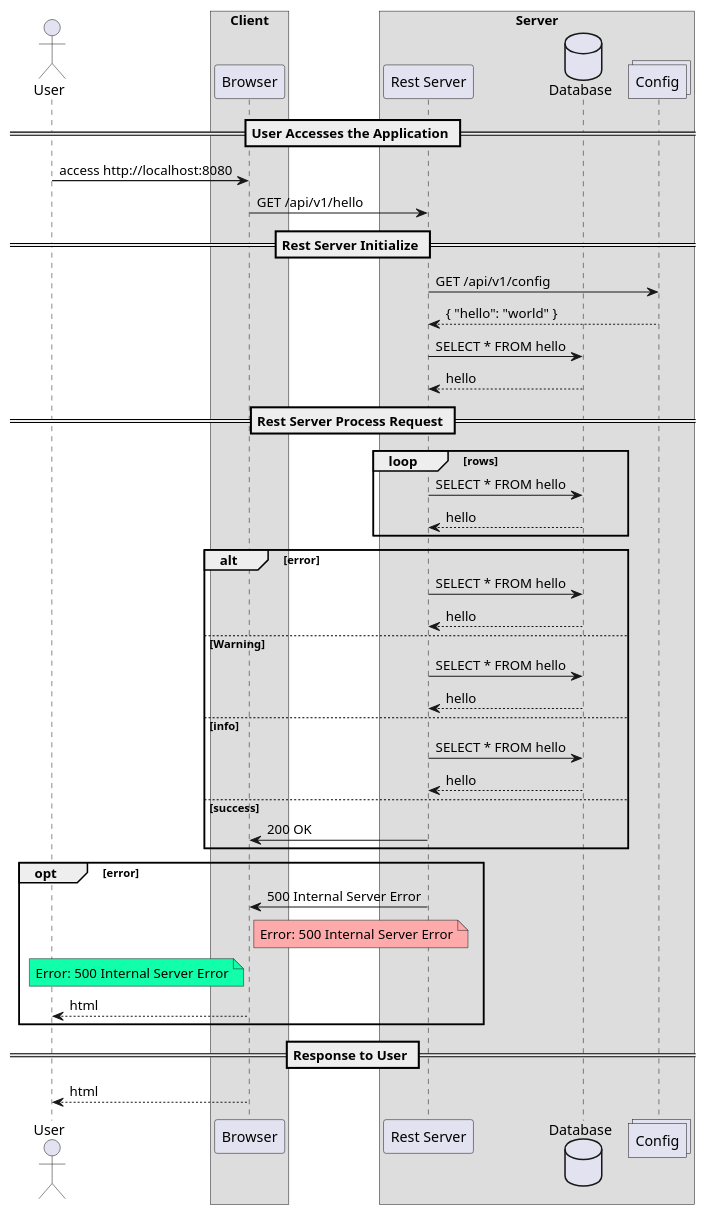
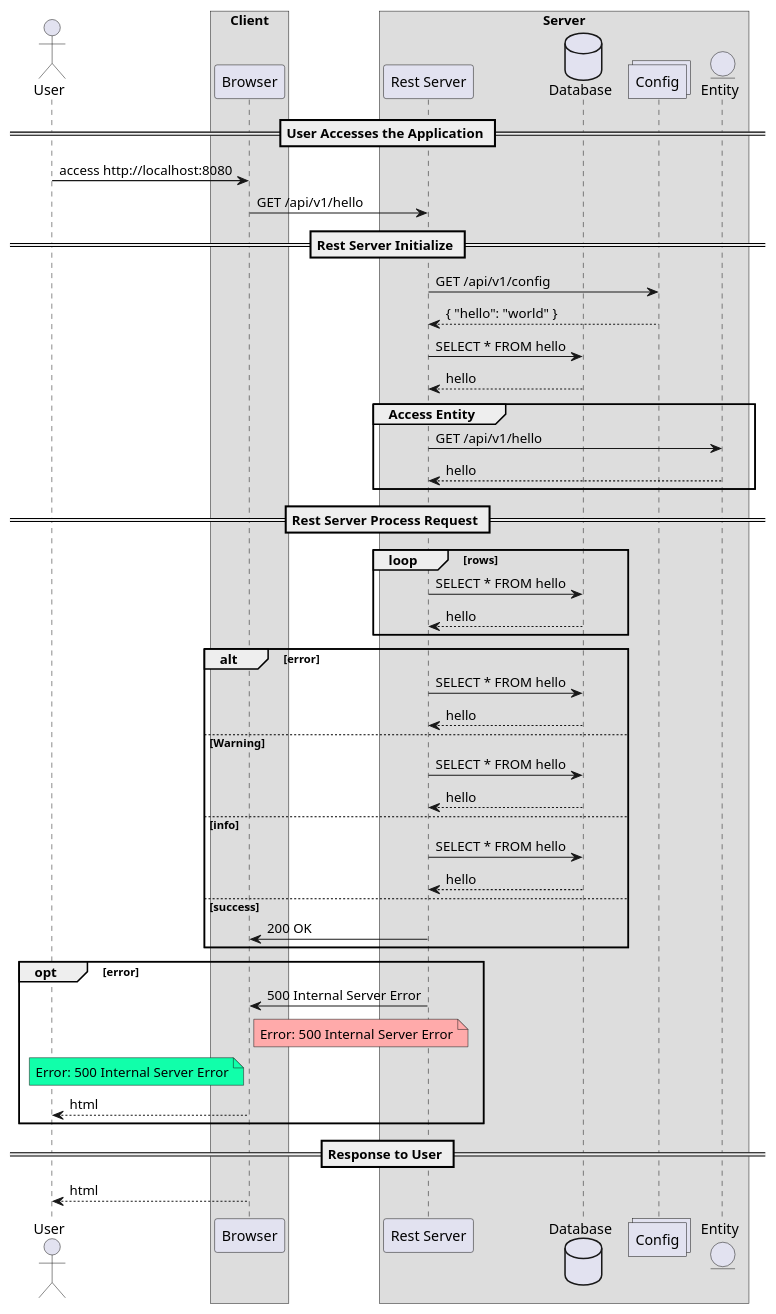
Before and after one commit to jinyongnan810/variaty-practices: the diagram in plantuml-practices/sequence.plantuml, drawn with PlantUML.

Commit message:
uml add group

```diff
--- a/plantuml-practices/sequence.plantuml
+++ b/plantuml-practices/sequence.plantuml
@@ -1,56 +1,62 @@
 @startuml ttt
 actor User
 box "Client"
 participant "Browser" as B
 end box
 box Server
 participant "Rest Server" as RS
 database "Database" as DB
 collections "Config" as C
+entity "Entity" as E
 end box
 
 == User Accesses the Application ==
 User -> B : access http://localhost:8080
 B -> RS : GET /api/v1/hello
 
 == Rest Server Initialize ==
 RS -> C : GET /api/v1/config
 C --> RS : { "hello": "world" }
 RS -> DB : SELECT * FROM hello
 DB --> RS : hello
+
+group Access Entity
+    RS -> E : GET /api/v1/hello
+    E --> RS : hello
+end group
 
 == Rest Server Process Request ==
 loop rows
     RS -> DB : SELECT * FROM hello
     DB --> RS : hello
 end loop
 
 alt error
     RS -> DB : SELECT * FROM hello
     DB --> RS : hello
 else Warning
     RS -> DB : SELECT * FROM hello
     DB --> RS : hello
 else info
     RS -> DB : SELECT * FROM hello
     DB --> RS : hello
 else success
     RS -> B : 200 OK
 end else
 
 opt error
     RS -> B : 500 Internal Server Error
     note right of B #FFAAAA
         Error: 500 Internal Server Error
     end note
     note left of B #11FFAA
         Error: 500 Internal Server Error
     end note
     B --> User : html
 end opt
 
 == Response to User ==
 B --> User : html
 
 
 @enduml
```
